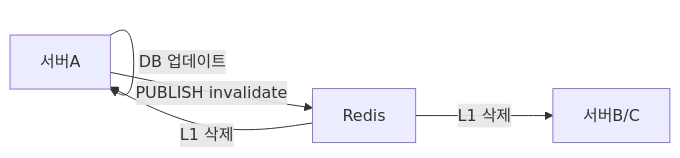
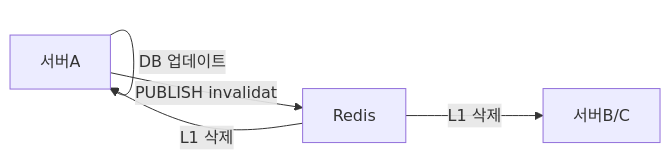
Before and after one commit to yjkim2015/yjkim2015.github.io: the fourth of 5 diagrams in _posts/caching/2026-05-03-cache-invalidation.md, drawn with Mermaid. The commit also changed other lines of this file and 132 other files, not shown here.

First line of the commit message:
Mermaid 다이어그램 가독성 정리: 단순 제거, 노드 축소, TD→LR 변환

````diff
--- a/_posts/caching/2026-05-03-cache-invalidation.md
+++ b/_posts/caching/2026-05-03-cache-invalidation.md
@@ -407,7 +397,7 @@
 ```mermaid
 graph LR
     S1["서버A"] -->|"DB 업데이트"| S1
-    S1 -->|"PUBLISH invalidate"| Redis["Redis"]
+    S1 -->|"PUBLISH invalidat"| Redis["Redis"]
     Redis -->|"L1 삭제"| S1
     Redis -->|"L1 삭제"| S2["서버B/C"]
 ```
````
